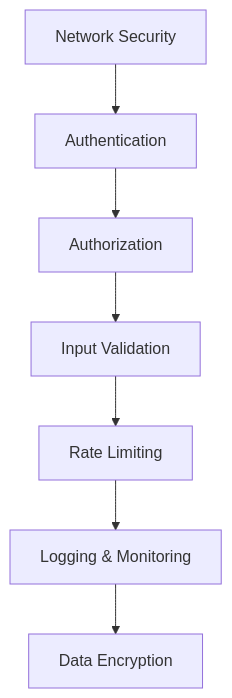
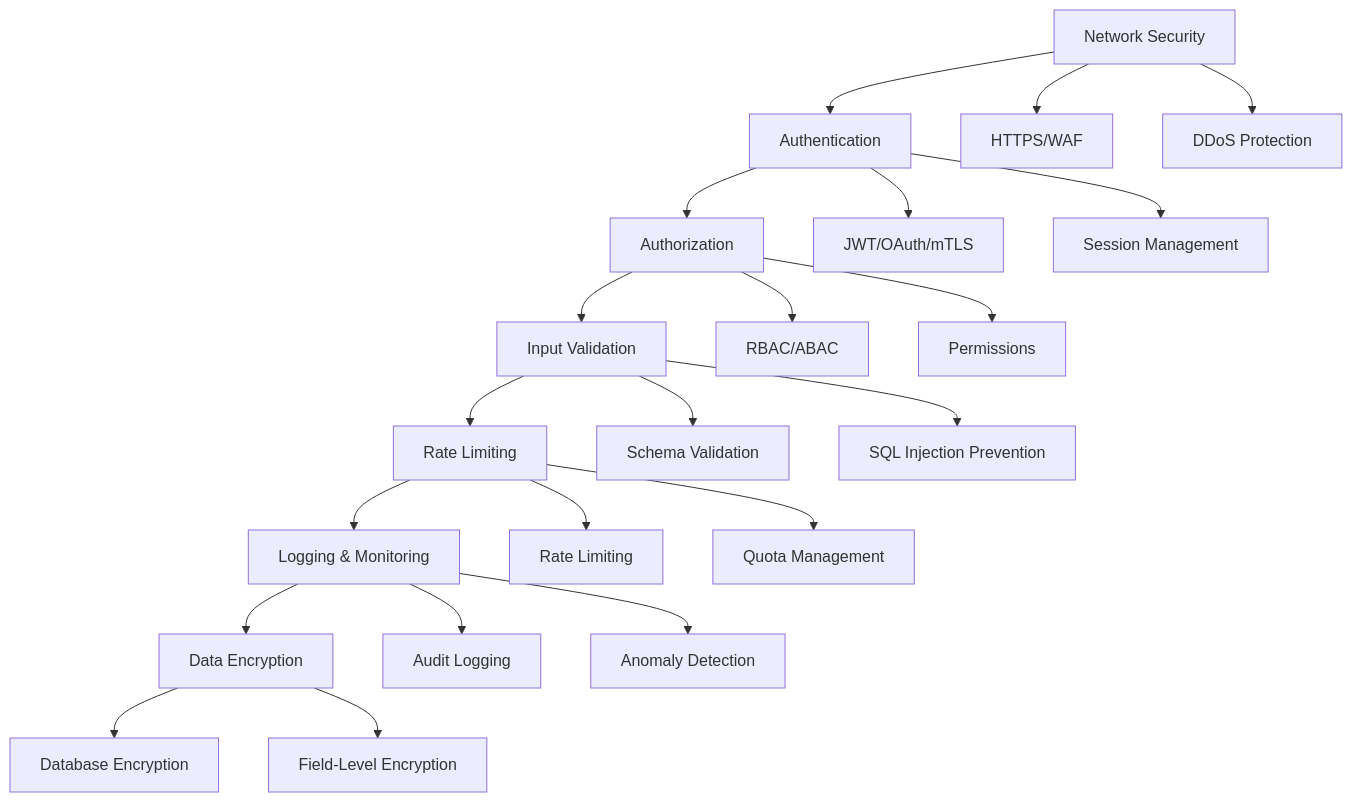
Before and after one commit to 17kaushalsingh/Roadmap-Learning: the first of 2 diagrams in API Design/07_API_Security.md, drawn with Mermaid. The commit also changed other lines of this file and 1 other file, not shown here.

````diff
--- a/API Design/07_API_Security.md
+++ b/API Design/07_API_Security.md
@@ -9,9 +88,24 @@
 ```mermaid
 flowchart TD
     A[Network Security] --> B[Authentication]
     B --> C[Authorization]
     C --> D[Input Validation]
     D --> E[Rate Limiting]
     E --> F[Logging & Monitoring]
     F --> G[Data Encryption]
+
+    A --> A1[HTTPS/WAF]
+    A --> A2[DDoS Protection]
+    B --> B1[JWT/OAuth/mTLS]
+    B --> B2[Session Management]
+    C --> C1[RBAC/ABAC]
+    C --> C2[Permissions]
+    D --> D1[Schema Validation]
+    D --> D2[SQL Injection Prevention]
+    E --> E1[Rate Limiting]
+    E --> E2[Quota Management]
+    F --> F1[Audit Logging]
+    F --> F2[Anomaly Detection]
+    G --> G1[Database Encryption]
+    G --> G2[Field-Level Encryption]
 ```
````
